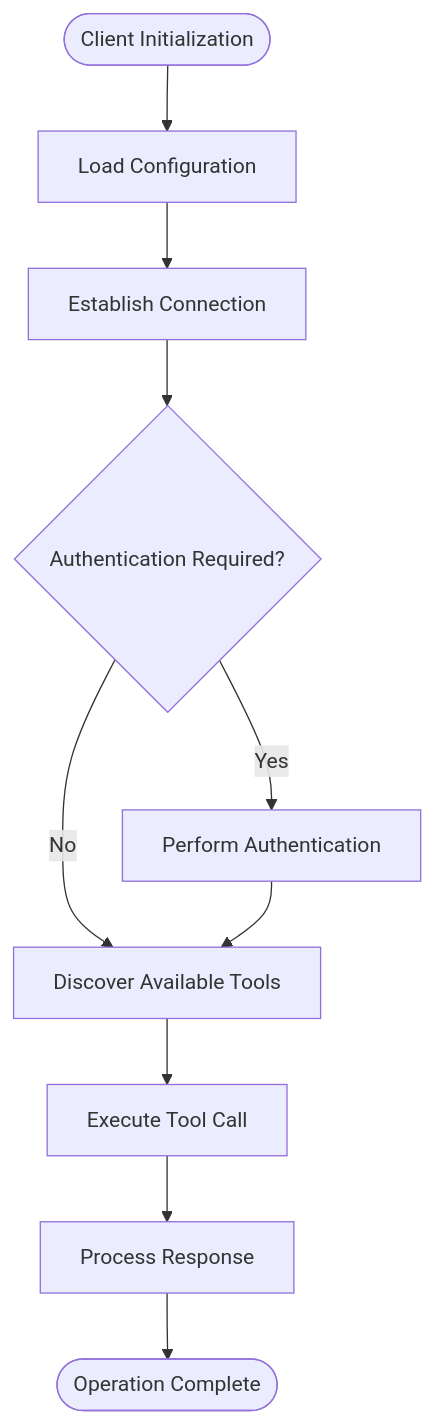
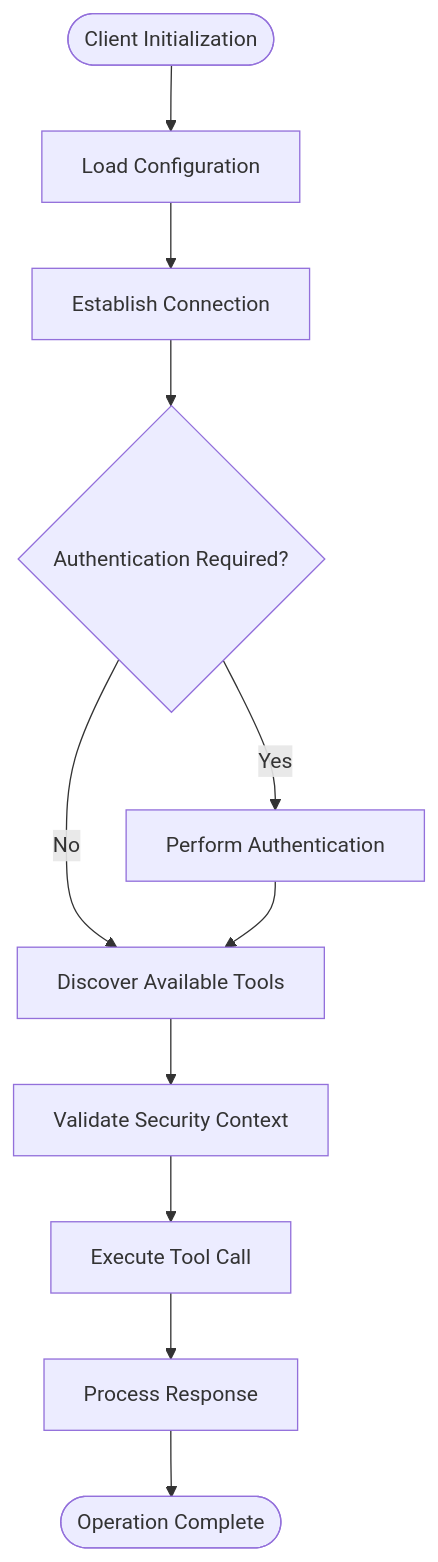
The fourth of 5 diagrams in .qoder/repowiki/en/content/Core Architecture/MCP Server Integration.md (Sherlock-Shi/pi-codex-kit), drawn with Mermaid before and after one commit. The commit also changed other lines of this file and 47 other files, not shown here.

````diff
--- a/.qoder/repowiki/en/content/Core Architecture/MCP Server Integration.md
+++ b/.qoder/repowiki/en/content/Core Architecture/MCP Server Integration.md
@@ -234,12 +336,13 @@
 ```mermaid
 flowchart TD
 Start([Client Initialization]) --> Config["Load Configuration"]
 Config --> Connect["Establish Connection"]
 Connect --> Auth{"Authentication Required?"}
 Auth --> |Yes| Authenticate["Perform Authentication"]
 Auth --> |No| Discover["Discover Available Tools"]
 Authenticate --> Discover
-Discover --> Execute["Execute Tool Call"]
+Discover --> SecurityCheck["Validate Security Context"]
+SecurityCheck --> Execute["Execute Tool Call"]
 Execute --> HandleResult["Process Response"]
 HandleResult --> End([Operation Complete])
 ```
````
